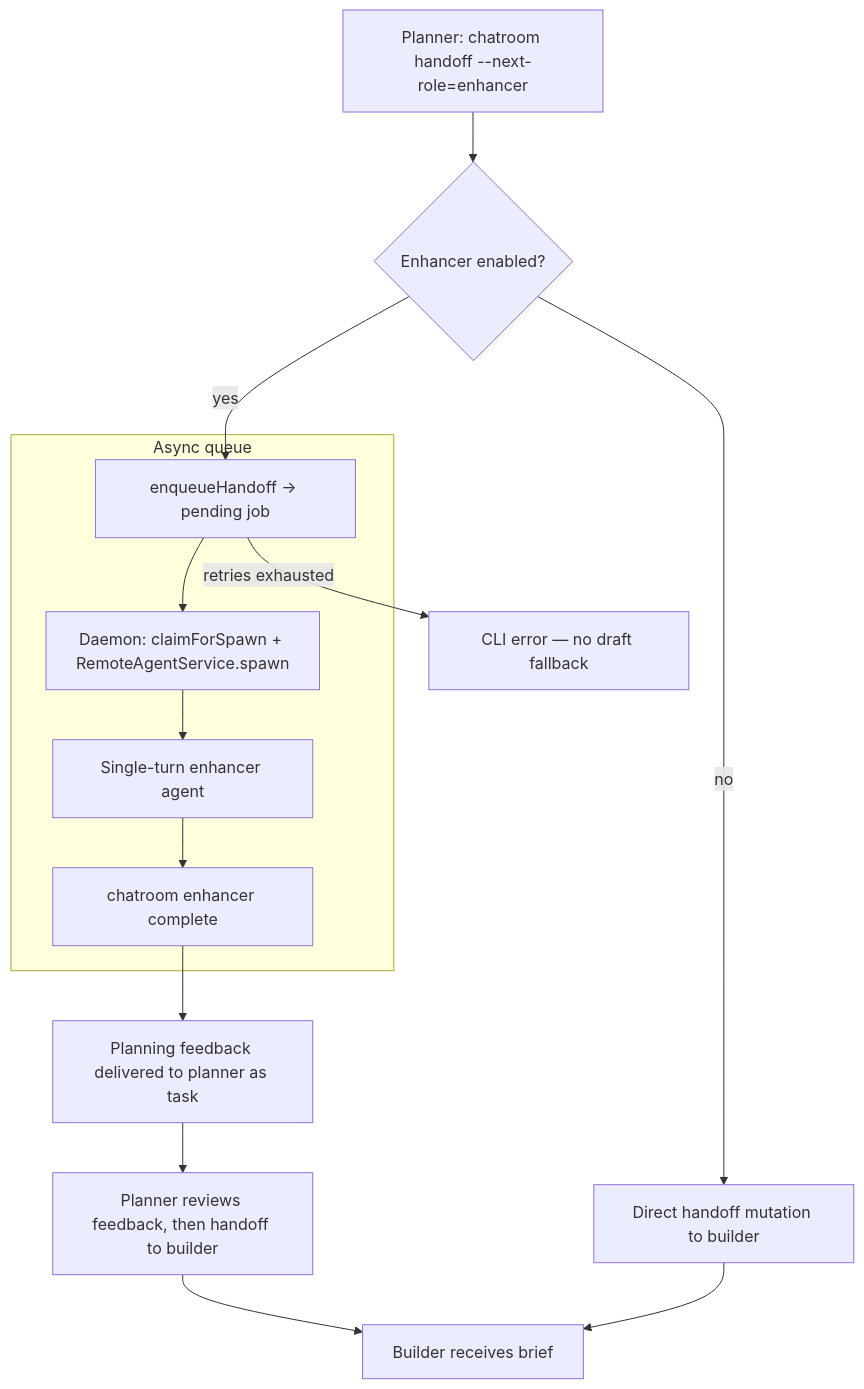
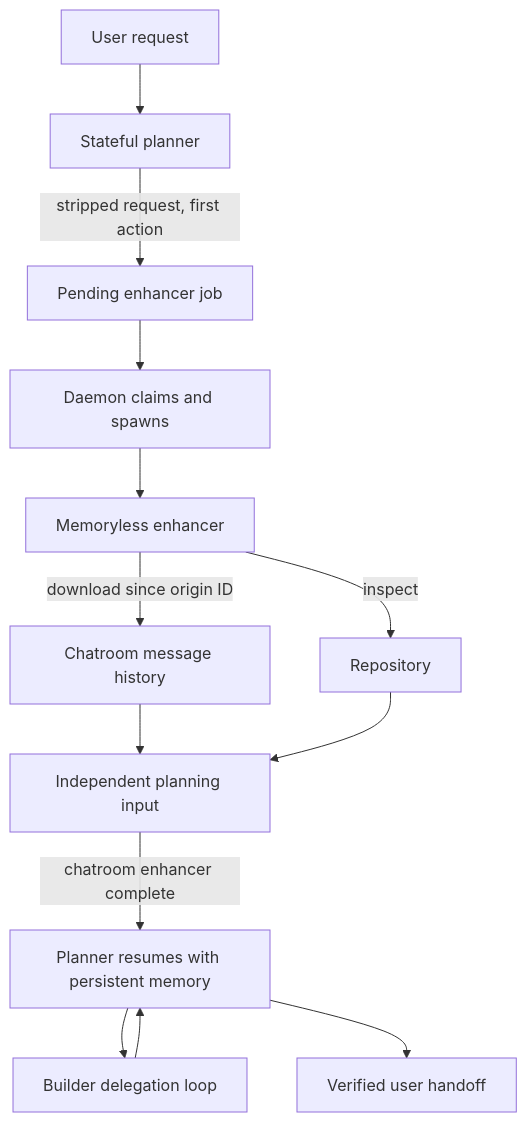
The diagram in docs/plans/enhancers.md (conradkoh/chatroom), drawn with Mermaid before and after one commit. The commit also changed other lines of this file and 2 other files, not shown here.

Commit message:
docs(enhancer): record request-first architecture

````diff
--- a/docs/plans/enhancers.md
+++ b/docs/plans/enhancers.md
@@ -40,18 +78,15 @@
 ```mermaid
 flowchart TD
-    P[Planner: chatroom handoff --next-role=enhancer] --> Q{Enhancer enabled?}
-    Q -->|no| H[Direct handoff mutation to builder]
-    Q -->|yes| E[enqueueHandoff → pending job]
-
-    subgraph Async queue
-        E --> D[Daemon: claimForSpawn + RemoteAgentService.spawn]
-        D --> A[Single-turn enhancer agent]
-        A --> C[chatroom enhancer complete]
-    end
-
-    C --> F[Planning feedback delivered to planner as task]
-    F --> P2[Planner reviews feedback, then handoff to builder]
-    P2 --> B[Builder receives brief]
-    H --> B
-    E -->|retries exhausted| FAIL[CLI error — no draft fallback]
+    U[User request] --> P[Stateful planner]
+    P -->|stripped request, first action| E[Pending enhancer job]
+    E --> D[Daemon claims and spawns]
+    D --> H[Memoryless enhancer]
+    H -->|download since origin ID| M[Chatroom message history]
+    H -->|inspect| R[Repository]
+    M --> A[Independent planning input]
+    R --> A
+    A -->|chatroom enhancer complete| P2[Planner resumes with persistent memory]
+    P2 --> B[Builder delegation loop]
+    B --> P2
+    P2 --> X[Verified user handoff]
 ```
````
